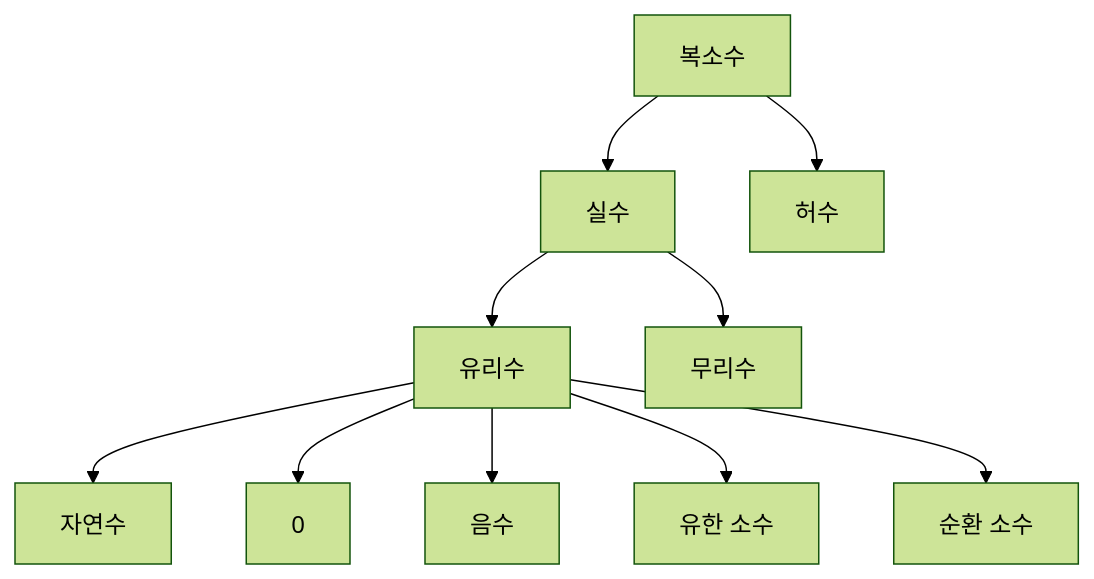
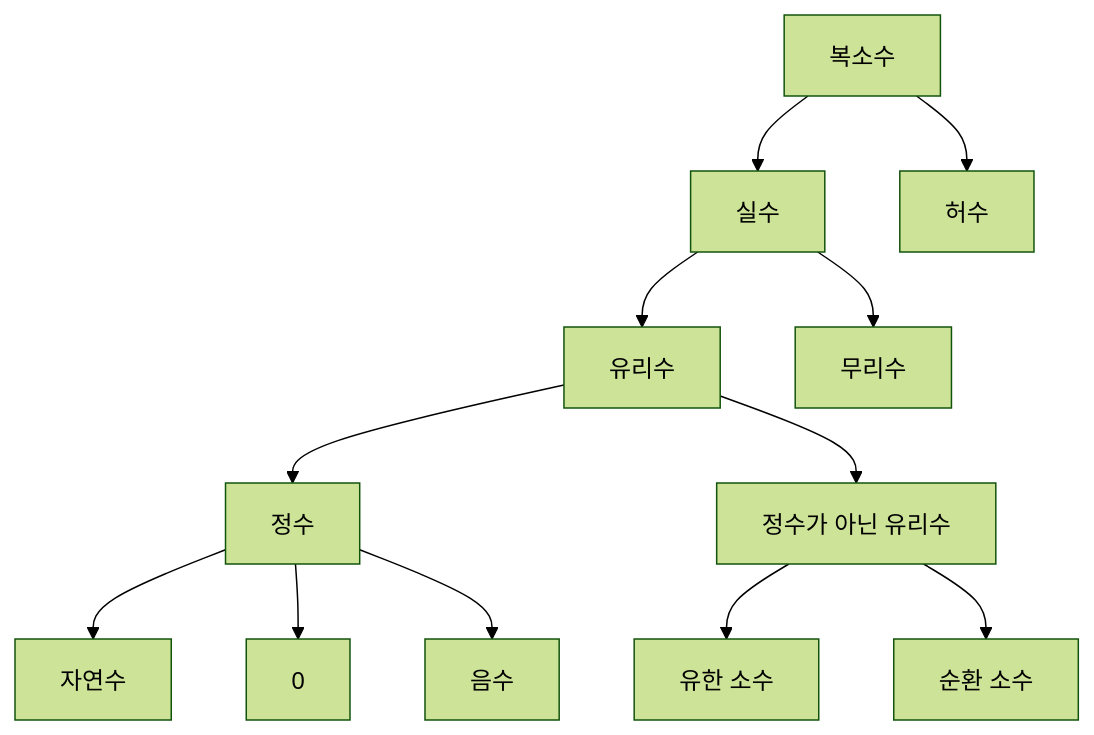
Before and after one commit to answeredbyablemind/answeredbyablemind.github.io: the diagram in _posts/2019-06-15-허수의 존재 의미에 대하여.md, drawn with Mermaid (forest theme).

Commit message:
Update 2019-06-15-허수의 존재 의미에 대하여.md

````diff
--- a/_posts/2019-06-15-허수의 존재 의미에 대하여.md
+++ b/_posts/2019-06-15-허수의 존재 의미에 대하여.md
@@ -14,12 +14,14 @@
 ```mermaid
 graph TD
   A[복소수]--> B[실수];
   A--> C[허수];
   B--> D[유리수];
   B--> E[무리수];
-  D--> F[자연수];
-  D--> G[0];
-  D--> H[음수];
-  D--> I[유한 소수];
-  D--> J[순환 소수];
+  D--> K[정수]
+  K--> F[자연수];
+  K--> G[0];
+  K--> H[음수];
+  D--> L[정수가 아닌 유리수]
+  L--> I[유한 소수];
+  L--> J[순환 소수];
 ```
````
